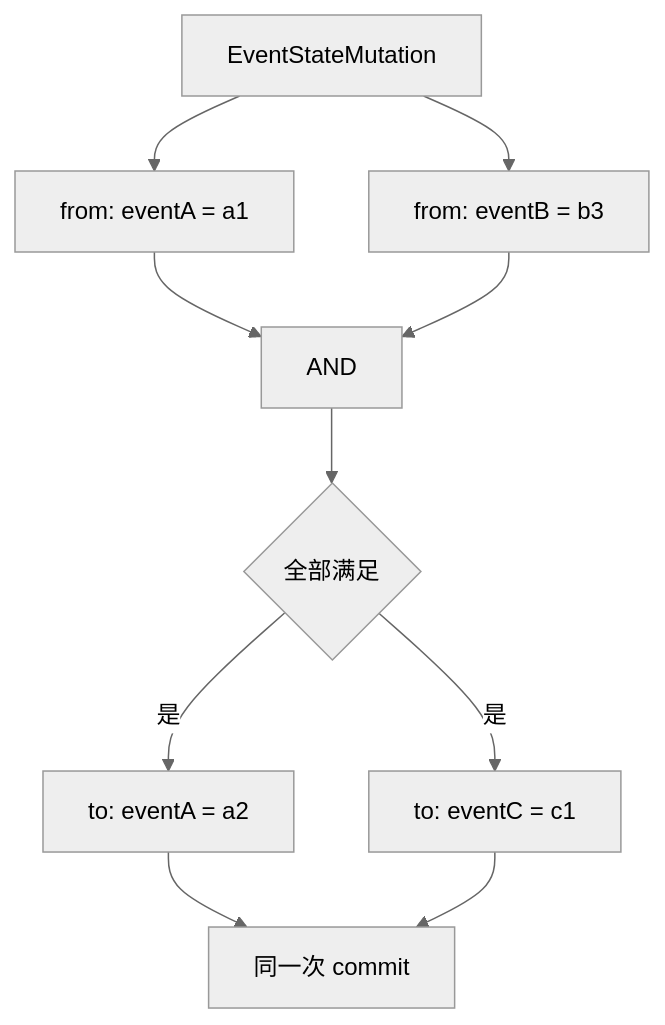
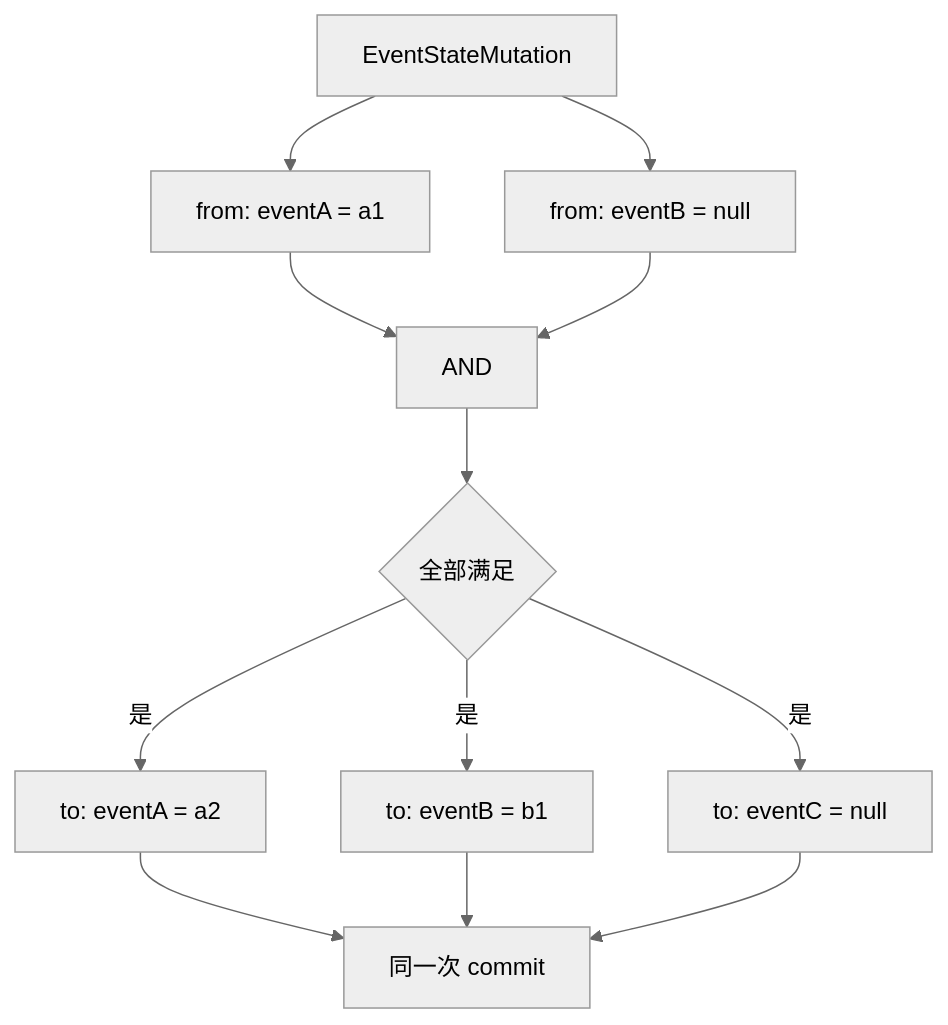
Before and after one commit to lithdoo/loom-realm: the fourth of 7 diagrams in examples/PokeMan/doc/65-data-model-diagram.md, drawn with Mermaid (neutral theme). The commit also changed other lines of this file, not shown here.

Commit message:
docs(PokeMan): show sparse event state lifecycle

````diff
--- a/examples/PokeMan/doc/65-data-model-diagram.md
+++ b/examples/PokeMan/doc/65-data-model-diagram.md
@@ -294,13 +345,15 @@
 ```mermaid
 flowchart TB
     M[EventStateMutation]
     M --> F1[from: eventA = a1]
-    M --> F2[from: eventB = b3]
+    M --> F2[from: eventB = null]
     F1 --> AND[AND]
     F2 --> AND
     AND --> OK{全部满足}
     OK -->|是| T1[to: eventA = a2]
-    OK -->|是| T2[to: eventC = c1]
+    OK -->|是| T2[to: eventB = b1]
+    OK -->|是| T3[to: eventC = null]
     T1 --> ATOMIC[同一次 commit]
     T2 --> ATOMIC
+    T3 --> ATOMIC
 ```
````
